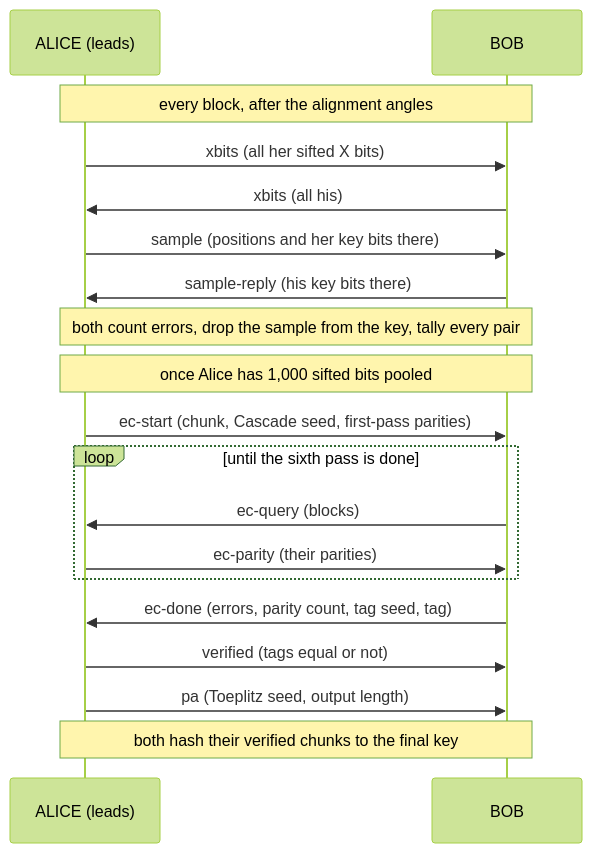
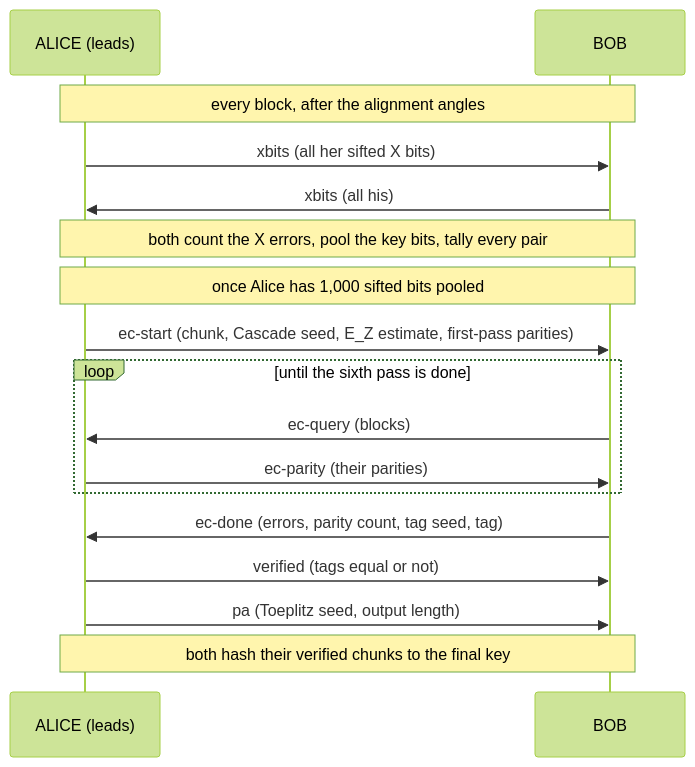
The diagram in examples/mpqkd/post_processing.md (ammar-faifi/phoq), drawn with Mermaid (forest theme) before and after one commit. The commit also changed other lines of this file and 7 other files, not shown here.

Commit message:
feat(mpqkd): size Cascade from the errors corrected in earlier chunks, disclose no Z sample

````diff
--- a/examples/mpqkd/post_processing.md
+++ b/examples/mpqkd/post_processing.md
@@ -28,21 +28,19 @@
 ```mermaid
 sequenceDiagram
     participant A as ALICE (leads)
     participant B as BOB
     Note over A,B: every block, after the alignment angles
     A->>B: xbits (all her sifted X bits)
     B->>A: xbits (all his)
-    A->>B: sample (positions and her key bits there)
-    B->>A: sample-reply (his key bits there)
-    Note over A,B: both count errors, drop the sample from the key, tally every pair
+    Note over A,B: both count the X errors, pool the key bits, tally every pair
     Note over A,B: once Alice has 1,000 sifted bits pooled
-    A->>B: ec-start (chunk, Cascade seed, first-pass parities)
+    A->>B: ec-start (chunk, Cascade seed, E_Z estimate, first-pass parities)
     loop until the sixth pass is done
         B->>A: ec-query (blocks)
         A->>B: ec-parity (their parities)
     end
     B->>A: ec-done (errors, parity count, tag seed, tag)
     A->>B: verified (tags equal or not)
     A->>B: pa (Toeplitz seed, output length)
     Note over A,B: both hash their verified chunks to the final key
 ```
````
